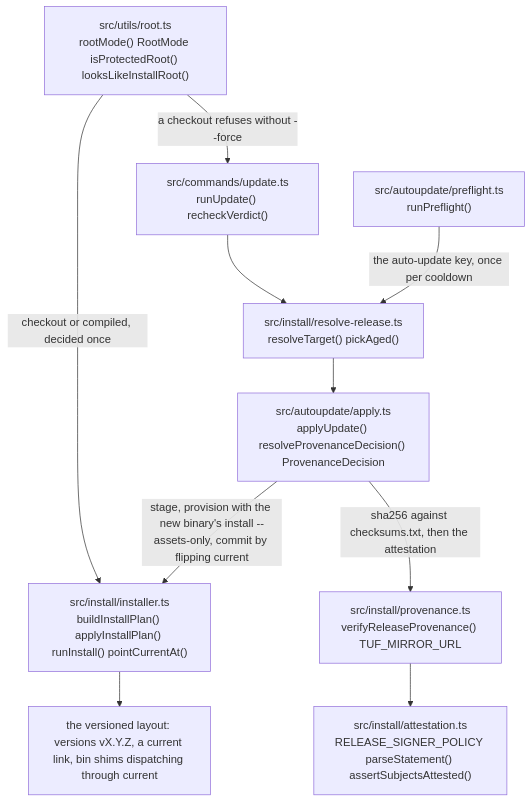
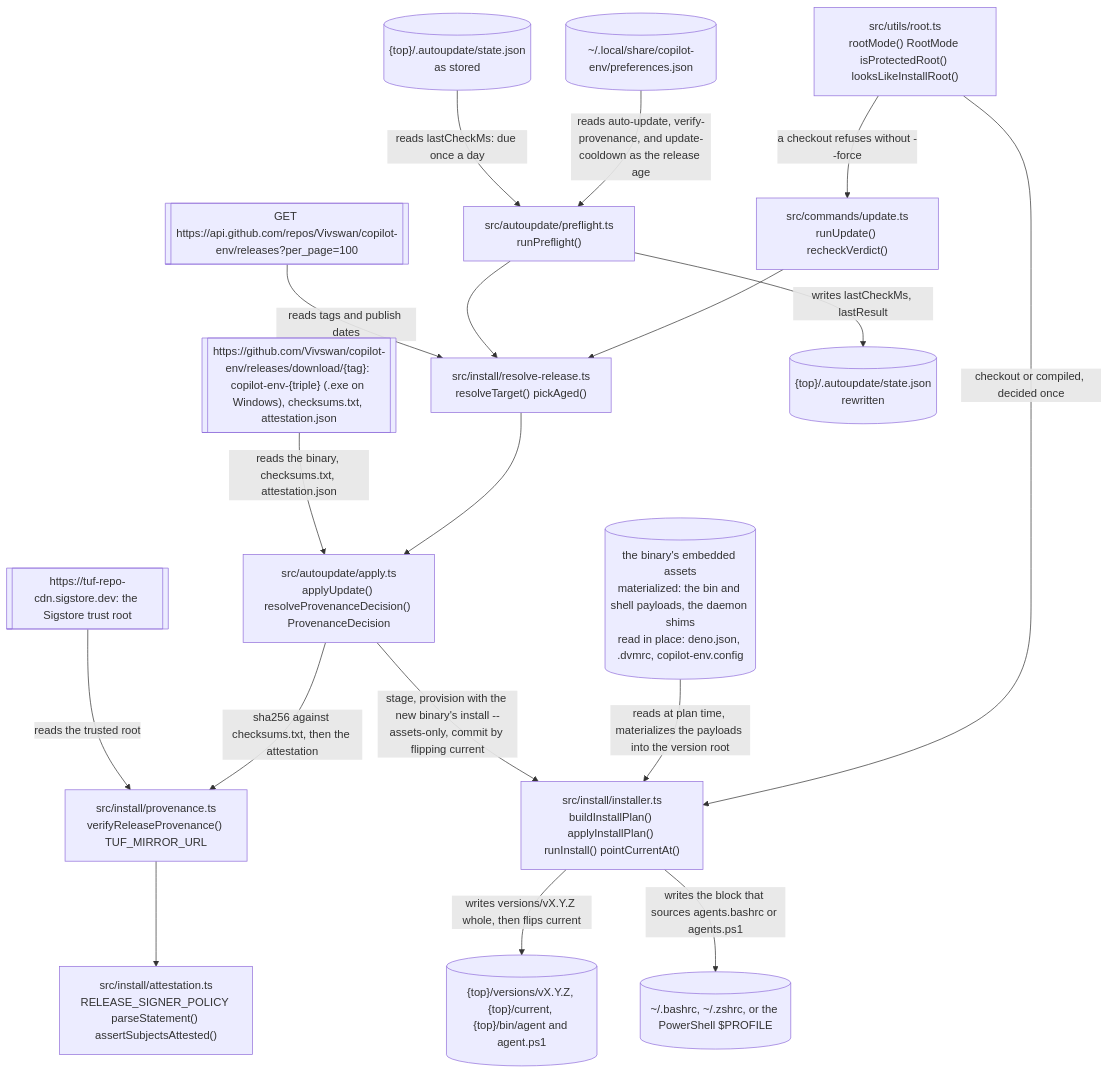
One commit to Vivswan/copilot-env changed the sixth of 8 diagrams in docs/architecture.md. Above: the diagram before and after it, drawn with Mermaid. The commit also changed other lines of this file and 7 other files, not shown here.

Commit message:
docs: start every architecture diagram at what it reads and end at what it writes; group the site sidebar (#271)

````diff
--- a/docs/architecture.md
+++ b/docs/architecture.md
@@ -121,21 +190,37 @@
 ```mermaid
 flowchart TD
+  assets[("the binary's embedded assets<br>materialized: the bin and shell payloads, the daemon shims<br>read in place: deno.json, .dvmrc, copilot-env.config")]
+  releases[["GET https://api.github.com/repos/Vivswan/copilot-env/releases?per_page=100"]]
+  download[["https://github.com/Vivswan/copilot-env/releases/download/{tag}: copilot-env-{triple} (.exe on Windows), checksums.txt, attestation.json"]]
+  tuf[["https://tuf-repo-cdn.sigstore.dev: the Sigstore trust root"]]
+  prefs[("~/.local/share/copilot-env/preferences.json")]
+  autostatein[("{top}/.autoupdate/state.json<br>as stored")]
   root["src/utils/root.ts<br>rootMode() RootMode isProtectedRoot() looksLikeInstallRoot()"]
   install["src/install/installer.ts<br>buildInstallPlan() applyInstallPlan() runInstall() pointCurrentAt()"]
-  layout["the versioned layout: versions vX.Y.Z, a current link, bin shims dispatching through current"]
   update["src/commands/update.ts<br>runUpdate() recheckVerdict()"]
   preflight["src/autoupdate/preflight.ts<br>runPreflight()"]
   release["src/install/resolve-release.ts<br>resolveTarget() pickAged()"]
   apply["src/autoupdate/apply.ts<br>applyUpdate() resolveProvenanceDecision() ProvenanceDecision"]
   prov["src/install/provenance.ts<br>verifyReleaseProvenance() TUF_MIRROR_URL"]
   att["src/install/attestation.ts<br>RELEASE_SIGNER_POLICY parseStatement() assertSubjectsAttested()"]
+  layout[("{top}/versions/vX.Y.Z, {top}/current, {top}/bin/agent and agent.ps1")]
+  rcfile[("~/.bashrc, ~/.zshrc, or the PowerShell $PROFILE")]
+  autostateout[("{top}/.autoupdate/state.json<br>rewritten")]
   root -->|"checkout or compiled, decided once"| install
   root -->|"a checkout refuses without --force"| update
+  assets -->|"reads at plan time, materializes the payloads into the version root"| install
+  prefs -->|"reads auto-update, verify-provenance, and update-cooldown as the release age"| preflight
+  autostatein -->|"reads lastCheckMs: due once a day"| preflight
   update --> release
-  preflight -->|"the auto-update key, once per cooldown"| release
+  preflight --> release
+  releases -->|"reads tags and publish dates"| release
   release --> apply
+  download -->|"reads the binary, checksums.txt, attestation.json"| apply
   apply -->|"sha256 against checksums.txt, then the attestation"| prov
+  tuf -->|"reads the trusted root"| prov
   prov --> att
   apply -->|"stage, provision with the new binary's install --assets-only, commit by flipping current"| install
-  install --> layout
+  install -->|"writes versions/vX.Y.Z whole, then flips current"| layout
+  install -->|"writes the block that sources agents.bashrc or agents.ps1"| rcfile
+  preflight -->|"writes lastCheckMs, lastResult"| autostateout
 ```
````
